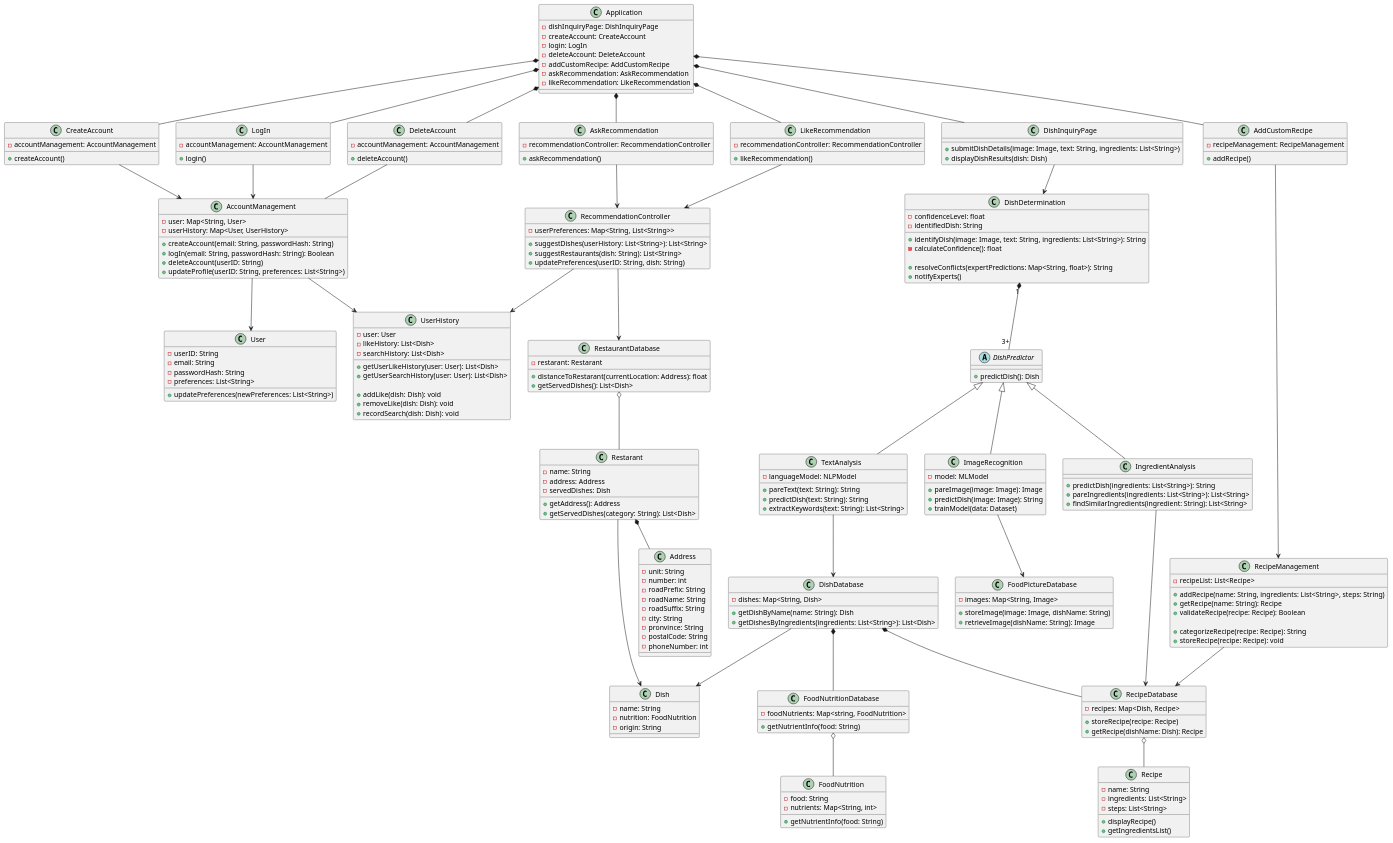
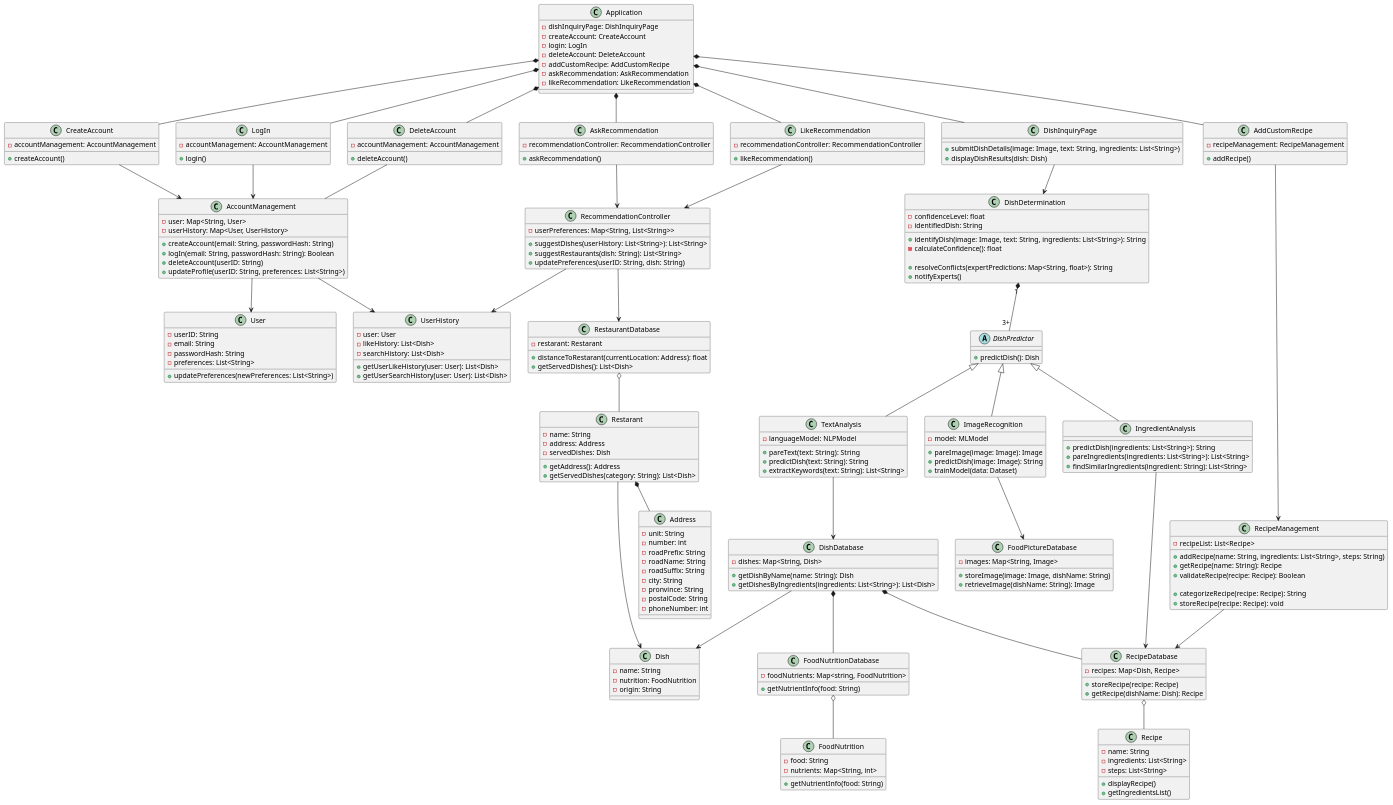
The diagram in uml/s1.puml (tasnint/3A04-Project), drawn with PlantUML before and after one commit.

Commit message:
Remove fix#4

```diff
--- a/uml/s1.puml
+++ b/uml/s1.puml
@@ -123,14 +123,8 @@
     - user: User
     - likeHistory: List<Dish>
     - searchHistory: List<Dish>
-
     + getUserLikeHistory(user: User): List<Dish>
     + getUserSearchHistory(user: User): List<Dish>
-
-    ' FIX#4 Write/update methods
-    + addLike(dish: Dish): void
-    + removeLike(dish: Dish): void
-    + recordSearch(dish: Dish): void
 }
 
 class "Recipe" {
```
